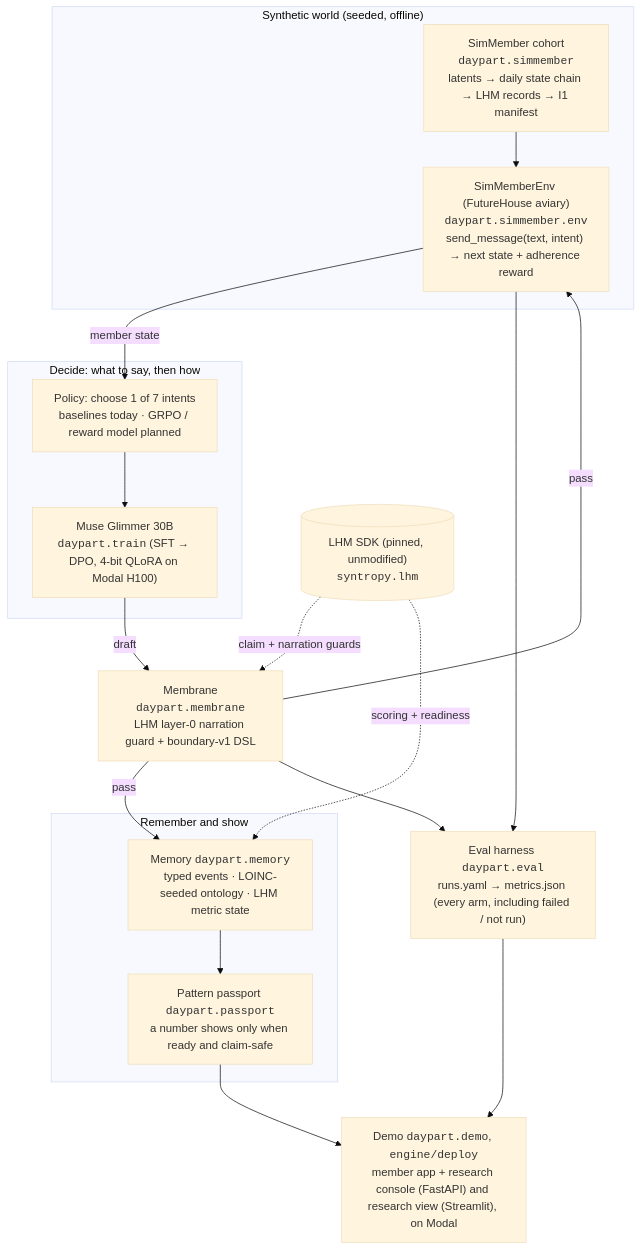
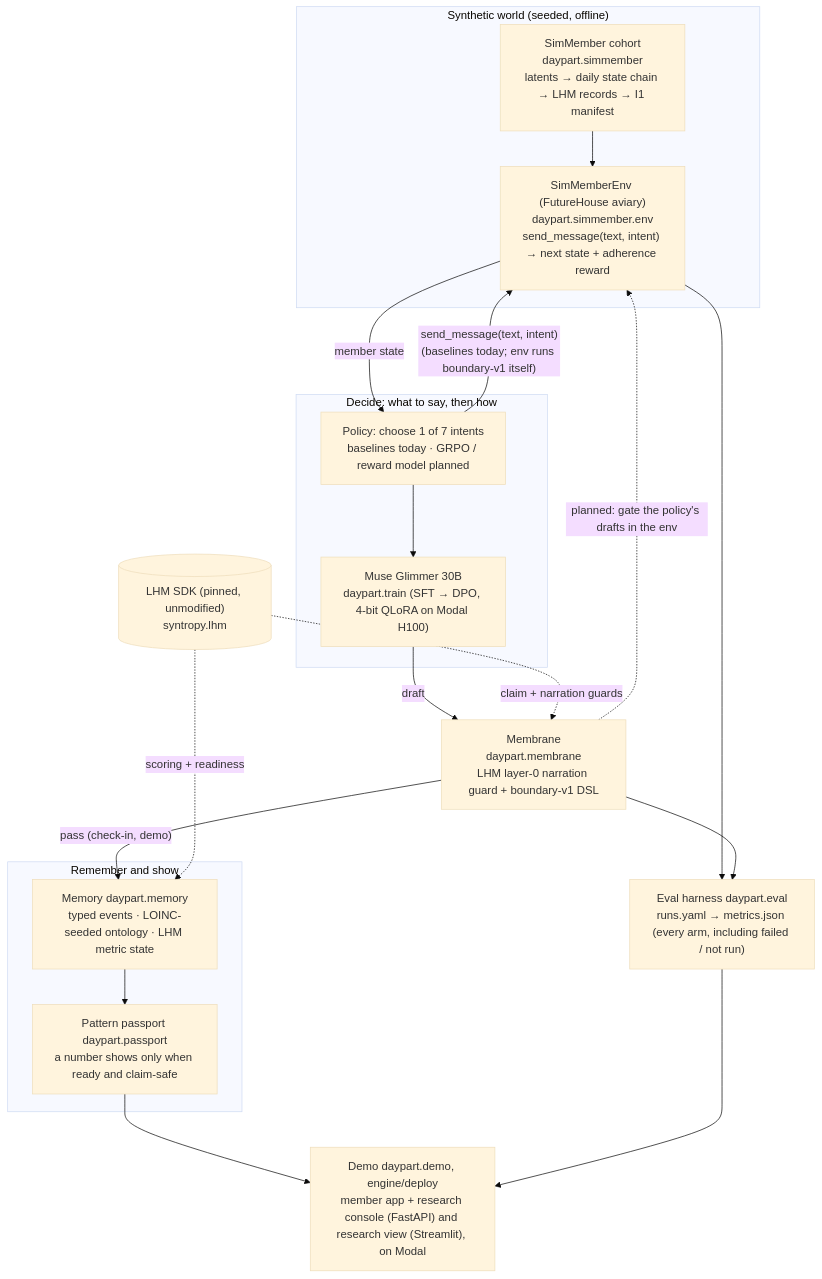
Before and after one commit to Syntropy-Health/longevity-memory-sdk: the first of 5 diagrams in README.md, drawn with Mermaid (base theme). The commit also changed other lines of this file, not shown here.

First line of the commit message:
TASK-HAC-71 - cto/cto for matt-mo: docs(readme): fix HAC-72 review, env path drawn as built

````diff
--- a/README.md
+++ b/README.md
@@ -27,38 +27,39 @@
 ```mermaid
 flowchart TD
     subgraph WORLD["Synthetic world (seeded, offline)"]
-        SM["SimMember cohort<br/><code>daypart.simmember</code><br/>latents → daily state chain → LHM records → I1 manifest"]
-        ENV["SimMemberEnv (FutureHouse aviary)<br/><code>daypart.simmember.env</code><br/>send_message(text, intent) → next state + adherence reward"]
+        SM["SimMember cohort<br/>daypart.simmember<br/>latents → daily state chain → LHM records → I1 manifest"]
+        ENV["SimMemberEnv (FutureHouse aviary)<br/>daypart.simmember.env<br/>send_message(text, intent) → next state + adherence reward"]
         SM --> ENV
     end
 
     subgraph DECIDE["Decide: what to say, then how"]
         POL["Policy: choose 1 of 7 intents<br/>baselines today · GRPO / reward model planned"]
-        LM["Muse Glimmer 30B<br/><code>daypart.train</code> (SFT → DPO, 4-bit QLoRA on Modal H100)"]
+        LM["Muse Glimmer 30B<br/>daypart.train (SFT → DPO, 4-bit QLoRA on Modal H100)"]
         POL --> LM
     end
 
-    MEM["Membrane<br/><code>daypart.membrane</code><br/>LHM layer-0 narration guard + boundary-v1 DSL"]
+    MEM["Membrane<br/>daypart.membrane<br/>LHM layer-0 narration guard + boundary-v1 DSL"]
 
     subgraph STATE["Remember and show"]
-        MEMORY["Memory <code>daypart.memory</code><br/>typed events · LOINC-seeded ontology · LHM metric state"]
-        PASS["Pattern passport <code>daypart.passport</code><br/>a number shows only when ready and claim-safe"]
+        MEMORY["Memory daypart.memory<br/>typed events · LOINC-seeded ontology · LHM metric state"]
+        PASS["Pattern passport daypart.passport<br/>a number shows only when ready and claim-safe"]
         MEMORY --> PASS
     end
 
-    EVAL["Eval harness <code>daypart.eval</code><br/>runs.yaml → metrics.json (every arm, including failed / not run)"]
-    DEMO["Demo <code>daypart.demo</code>, <code>engine/deploy</code><br/>member app + research console (FastAPI) and research view (Streamlit), on Modal"]
+    EVAL["Eval harness daypart.eval<br/>runs.yaml → metrics.json (every arm, including failed / not run)"]
+    DEMO["Demo daypart.demo, engine/deploy<br/>member app + research console (FastAPI) and research view (Streamlit), on Modal"]
 
     ENV -- member state --> POL
+    POL -- "send_message(text, intent)<br/>(baselines today; env runs boundary-v1 itself)" --> ENV
     LM -- draft --> MEM
-    MEM -- pass --> ENV
-    MEM -- pass --> MEMORY
+    MEM -- "pass (check-in, demo)" --> MEMORY
+    MEM -. "planned: gate the policy's drafts in the env" .-> ENV
     ENV --> EVAL
     MEM --> EVAL
     PASS --> DEMO
     EVAL --> DEMO
 
-    LHM[("LHM SDK (pinned, unmodified)<br/><code>syntropy.lhm</code>")]
+    LHM[("LHM SDK (pinned, unmodified)<br/>syntropy.lhm")]
     LHM -. claim + narration guards .-> MEM
     LHM -. scoring + readiness .-> MEMORY
 ```
````
